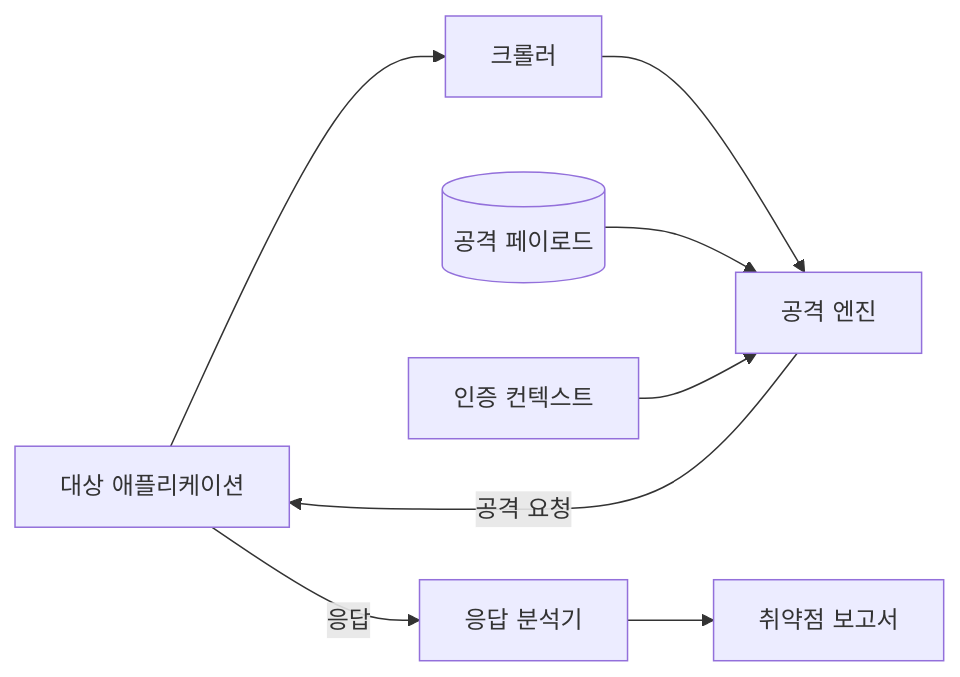
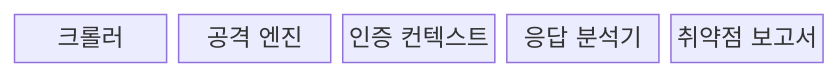
One commit to agnusdei1207/knowledge-base changed the first of 2 diagrams in src/content/docs/notes/03-software/068_dynamic_application_security_testing.md. Above: the diagram before and after it, drawn with Mermaid. The commit also changed other lines of this file and 20 other files, not shown here.

````diff
--- a/src/content/docs/notes/03-software/068_dynamic_application_security_testing.md
+++ b/src/content/docs/notes/03-software/068_dynamic_application_security_testing.md
@@ -57,10 +55,9 @@
 ```mermaid
-flowchart LR
-    T[대상 애플리케이션] --> C[크롤러]
-    C --> A[공격 엔진]
-    P[(공격 페이로드)] --> A
-    X[인증 컨텍스트] --> A
-    A -->|공격 요청| T
-    T -->|응답| O[응답 분석기]
-    O --> R[취약점 보고서]
+block
+  columns 5
+  C["크롤러"]
+  A["공격 엔진"]
+  X["인증 컨텍스트"]
+  O["응답 분석기"]
+  R["취약점 보고서"]
 ```
````
